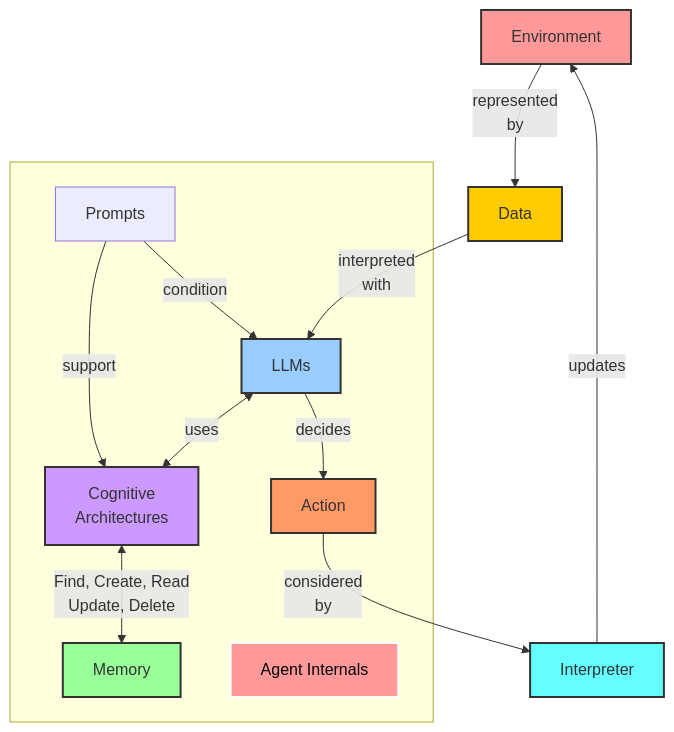
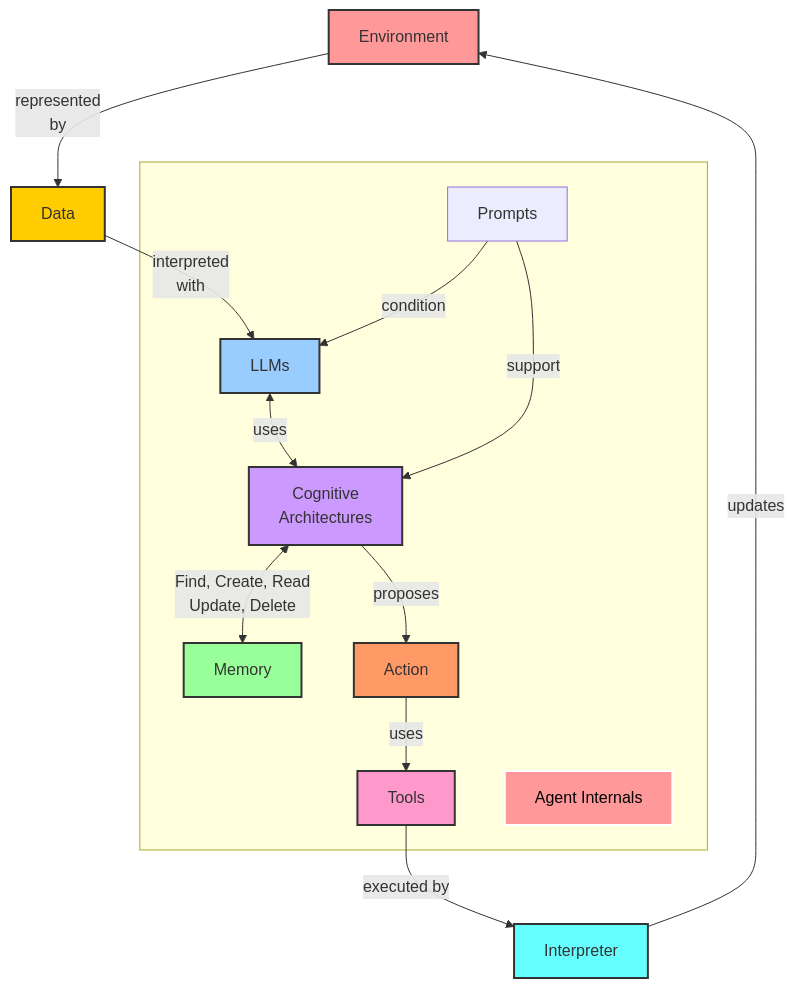
Before and after one commit to ianderrington/genai: the second of 3 diagrams in docs/Understanding/agents/index.md, drawn with Mermaid. The commit also changed other lines of this file and 30 other files, not shown here.

````diff
--- a/docs/Understanding/agents/index.md
+++ b/docs/Understanding/agents/index.md
@@ -45,56 +44,60 @@
     ```mermaid
     graph TB
-        Environment[Environment] -->|represented \n by | Data[Data]
+        Environment[Environment] -->|represented <br> by | Data[Data]
         
         click Environment "./environments.html"
-        Data -->|interpreted \n with| LLM[LLMs]
-        click Data "../../data/index.html"
-        LLM <-->|uses| CognitiveArchitectures[Cognitive \nArchitectures]
+        Data -->|interpreted <br> with| LLM[LLMs]
+        click Data "../data/index.html"
+        LLM <-->|uses| CognitiveArchitectures[Cognitive <br>Architectures]
         click LLM "../architectures/models/index.html"
-        CognitiveArchitectures <--> |Find, Create, Read\nUpdate, Delete| Memory[Memory]
+        CognitiveArchitectures <--> |Find, Create, Read<br>Update, Delete| Memory[Memory]
         
         classDef promptsColor fill:#f0ad4e,stroke:#333,stroke-width:2px;
         class Prompts promptsColor;
-        click Memory "./memory.html"
+        click Memory "./components/memory.html"
         Prompts[Prompts] -->|condition| LLM
         click Prompts "../prompting/index.html"
         Prompts -->|support| CognitiveArchitectures
         click Prompts "../prompting/index.html"
-        LLM -->|decides| Action[Action]
-        click CognitiveArchitectures "./cognitive_architecture.html"
-        Action -->|considered \n by| Interpreter[Interpreter]
-        click Action "./actions_and_tools.html"
+        CognitiveArchitectures -->|proposes| Action[Action]
+        click CognitiveArchitectures "./components/cognitive_architecture.html"
+        Action -->|uses| Tools[Tools]
+        click Tools "./components/actions_and_tools.html"
+        Tools -->|executed by| Interpreter[Interpreter]
         Interpreter -->|updates| Environment
-        click Interpreter "./interpreters.html"
+        
 
         classDef dataColor fill:#ffcc00,stroke:#333,stroke-width:2px;
         classDef environmentColor fill:#ff9999,stroke:#333,stroke-width:2px;
         classDef llmColor fill:#99ccff,stroke:#333,stroke-width:2px;
         classDef cognitiveColor fill:#cc99ff,stroke:#333,stroke-width:2px;
         classDef memoryColor fill:#99ff99,stroke:#333,stroke-width:2px;
         classDef actionColor fill:#ff9966,stroke:#333,stroke-width:2px;
+        classDef toolsColor fill:#ff99cc,stroke:#333,stroke-width:2px;
         classDef interpreterColor fill:#66ffff,stroke:#333,stroke-width:2px;
         classDef internal fill:#f996,stroke:#333,stroke-width:2px;
         classDef external fill:#9f6,stroke:#333,stroke-width:2px;
 
         class Data dataColor;
         class Environment environmentColor;
         class LLM llmColor;
         class CognitiveArchitectures cognitiveColor;
         class Memory memoryColor;
         class Action actionColor;
+        class Tools toolsColor;
         class Interpreter interpreterColor;
 
         subgraph  
         LLM
         Prompts
         CognitiveArchitectures
         Memory
         Action
+        Tools
         DummyNode[Agent Internals]
         end
-
+        click DummyNode "./components/index.html"
         class DummyNode internal;
         style DummyNode fill:#ff9999,stroke:#fff,color:#000;  
 
     ```
````
